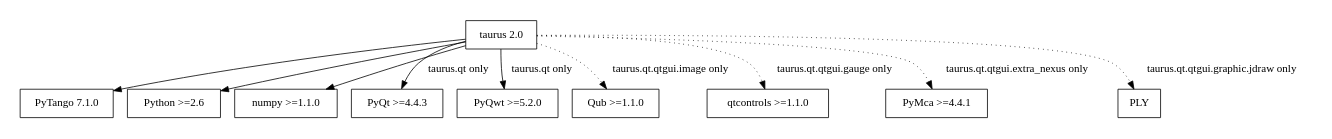
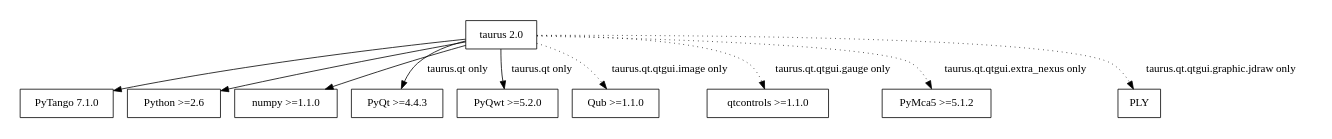
One commit to taurus-org/taurus changed the diagram in doc/source/users/getting_started.rst. Above: the diagram before and after it, drawn with Graphviz. The commit also changed other lines of this file and 96 other files, not shown here.

```diff
--- a/doc/source/users/getting_started.rst
+++ b/doc/source/users/getting_started.rst
@@ -117,25 +117,25 @@
 .. graphviz::
 
     digraph dependencies {
         size="8,3";
         Taurus      [shape=box,label="taurus 2.0"];
         PyTango     [shape=box,label="PyTango 7.1.0"];
         Python      [shape=box,label="Python >=2.6"];
         numpy       [shape=box,label="numpy >=1.1.0"];
         PyQt        [shape=box,label="PyQt >=4.4.3"];
         PyQwt       [shape=box,label="PyQwt >=5.2.0"];
         Qub         [shape=box,label="Qub >=1.1.0"];
         qtcontrols  [shape=box,label="qtcontrols >=1.1.0"];
-        PyMca       [shape=box,label="PyMca >=4.4.1"];
+        PyMca5       [shape=box,label="PyMca5 >=5.1.2"];
         ply         [shape=box,label="PLY"];
-        
+
         Taurus -> Python;
         Taurus -> PyTango;
         Taurus -> PyQt         [label="taurus.qt only"];
         Taurus -> PyQwt        [label="taurus.qt only"];
         Taurus -> Qub          [style=dotted, label="taurus.qt.qtgui.image only"];
         Taurus -> qtcontrols   [style=dotted, label="taurus.qt.qtgui.gauge only"];
-        Taurus -> PyMca        [style=dotted, label="taurus.qt.qtgui.extra_nexus only"];
+        Taurus -> PyMca5       [style=dotted, label="taurus.qt.qtgui.extra_nexus only"];
         Taurus -> ply          [style=dotted, label="taurus.qt.qtgui.graphic.jdraw only"];
         Taurus -> numpy;
-    } 
+    }
```
